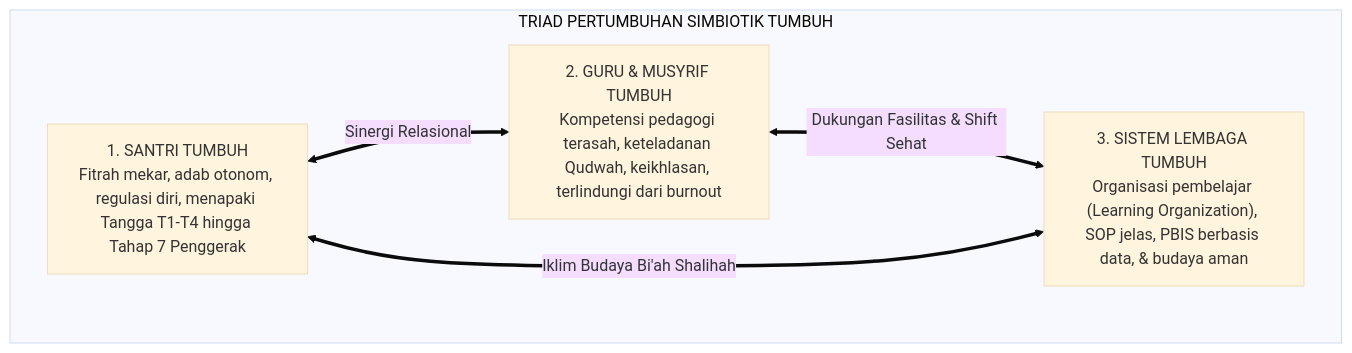
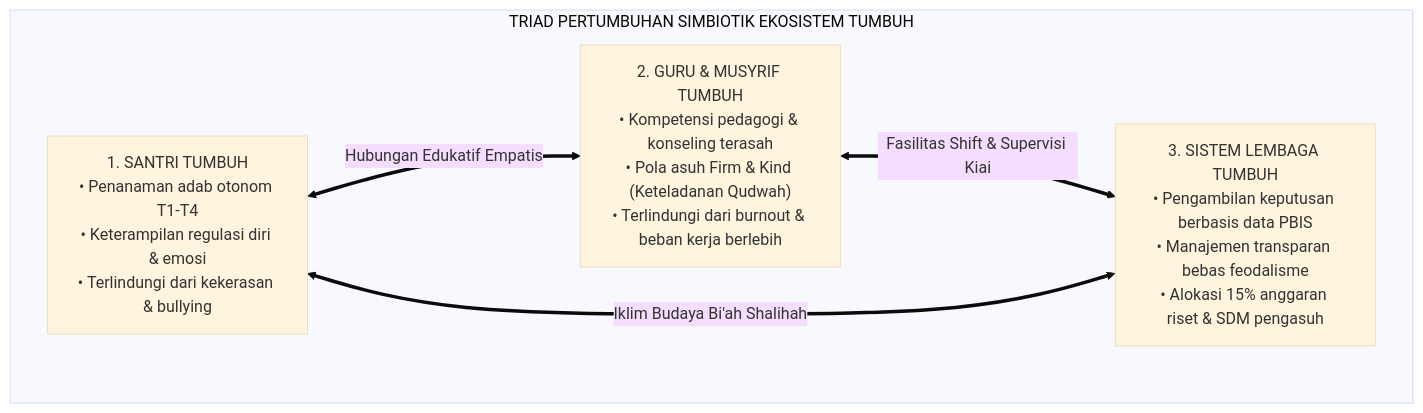
One commit to wandiapriliyandi/tumbuh changed the first of 9 diagrams in 02 Principles/01 Core Principles/P2-01-01-Prinsip-Triad-Pertumbuhan-Simbiotik.md. Above: the diagram before and after it, drawn with Mermaid (base theme). The commit also changed other lines of this file and 9 other files, not shown here.

````diff
--- a/02 Principles/01 Core Principles/P2-01-01-Prinsip-Triad-Pertumbuhan-Simbiotik.md
+++ b/02 Principles/01 Core Principles/P2-01-01-Prinsip-Triad-Pertumbuhan-Simbiotik.md
@@ -30,12 +61,14 @@
 ```mermaid
-graph TD
-    subgraph TriadSimbiotik["TRIAD PERTUMBUHAN SIMBIOTIK TUMBUH"]
-        Santri["1. SANTRI TUMBUH<br/>Fitrah mekar, adab otonom, regulasi diri, menapaki Tangga T1-T4 hingga Tahap 7 Penggerak"]
-        Guru["2. GURU & MUSYRIF TUMBUH<br/>Kompetensi pedagogi terasah, keteladanan Qudwah, keikhlasan, terlindungi dari burnout"]
-        Lembaga["3. SISTEM LEMBAGA TUMBUH<br/>Organisasi pembelajar (Learning Organization), SOP jelas, PBIS berbasis data, & budaya aman"]
+flowchart TD
+    subgraph ModelTriadSimbiotik["TRIAD PERTUMBUHAN SIMBIOTIK EKOSISTEM TUMBUH"]
+        Santri["1. SANTRI TUMBUH<br/>• Penanaman adab otonom T1-T4<br/>• Keterampilan regulasi diri & emosi<br/>• Terlindungi dari kekerasan & bullying"]
         
-        Santri <==>|Sinergi Relasional| Guru
-        Guru <==>|Dukungan Fasilitas & Shift Sehat| Lembaga
+        Guru["2. GURU & MUSYRIF TUMBUH<br/>• Kompetensi pedagogi & konseling terasah<br/>• Pola asuh Firm & Kind (Keteladanan Qudwah)<br/>• Terlindungi dari burnout & beban kerja berlebih"]
+        
+        Lembaga["3. SISTEM LEMBAGA TUMBUH<br/>• Pengambilan keputusan berbasis data PBIS<br/>• Manajemen transparan bebas feodalisme<br/>• Alokasi 15% anggaran riset & SDM pengasuh"]
+        
+        Santri <==>|Hubungan Edukatif Empatis| Guru
+        Guru <==>|Fasilitas Shift & Supervisi Kiai| Lembaga
         Lembaga <==>|Iklim Budaya Bi'ah Shalihah| Santri
     end
 ```
````
